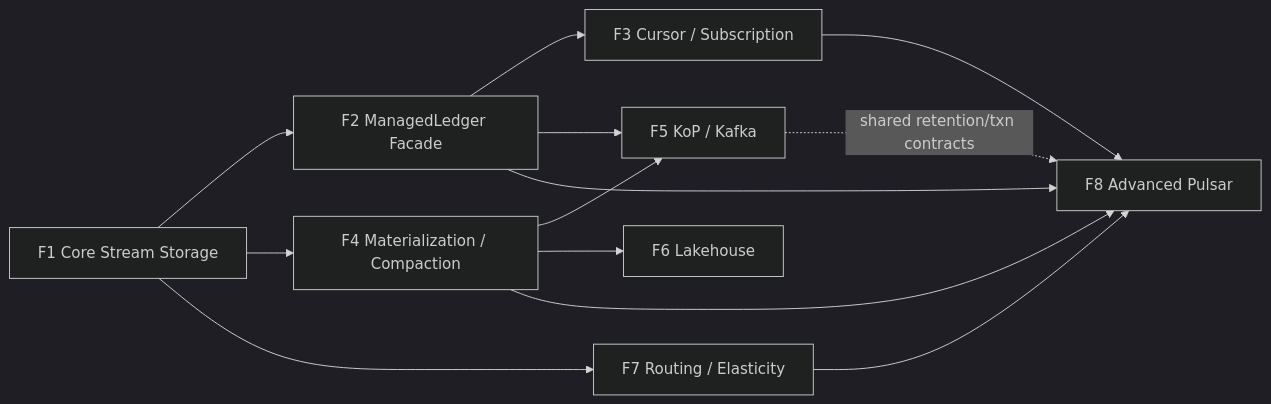
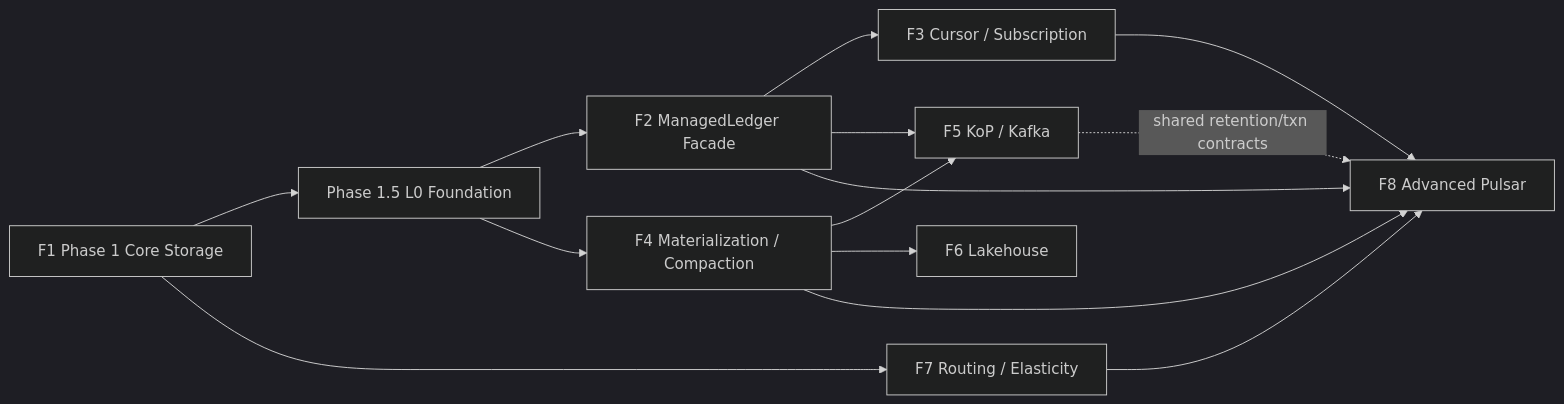
One commit to nereusstream/nereus changed the diagram in docs/design/nereus-futures.md. Above: the diagram before and after it, drawn with Mermaid (dark theme). The commit also changed other lines of this file and 28 other files, not shown here.

Commit message:
docs(phase-1.5): add core storage foundation documentation

````diff
--- a/docs/design/nereus-futures.md
+++ b/docs/design/nereus-futures.md
@@ -46,15 +47,16 @@
 ```mermaid
 flowchart LR
-    F1["F1 Core Stream Storage"] --> F2["F2 ManagedLedger Facade"]
-    F1 --> F4["F4 Materialization / Compaction"]
+    F1["F1 Phase 1 Core Storage"] --> P15["Phase 1.5 L0 Foundation"]
+    P15 --> F2["F2 ManagedLedger Facade"]
+    P15 --> F4["F4 Materialization / Compaction"]
     F1 --> F7["F7 Routing / Elasticity"]
     F2 --> F3["F3 Cursor / Subscription"]
     F2 --> F5["F5 KoP / Kafka"]
     F4 --> F5
     F4 --> F6["F6 Lakehouse"]
     F2 --> F8["F8 Advanced Pulsar"]
     F3 --> F8
     F4 --> F8
     F7 --> F8
     F5 -. shared retention/txn contracts .-> F8
 ```
````
